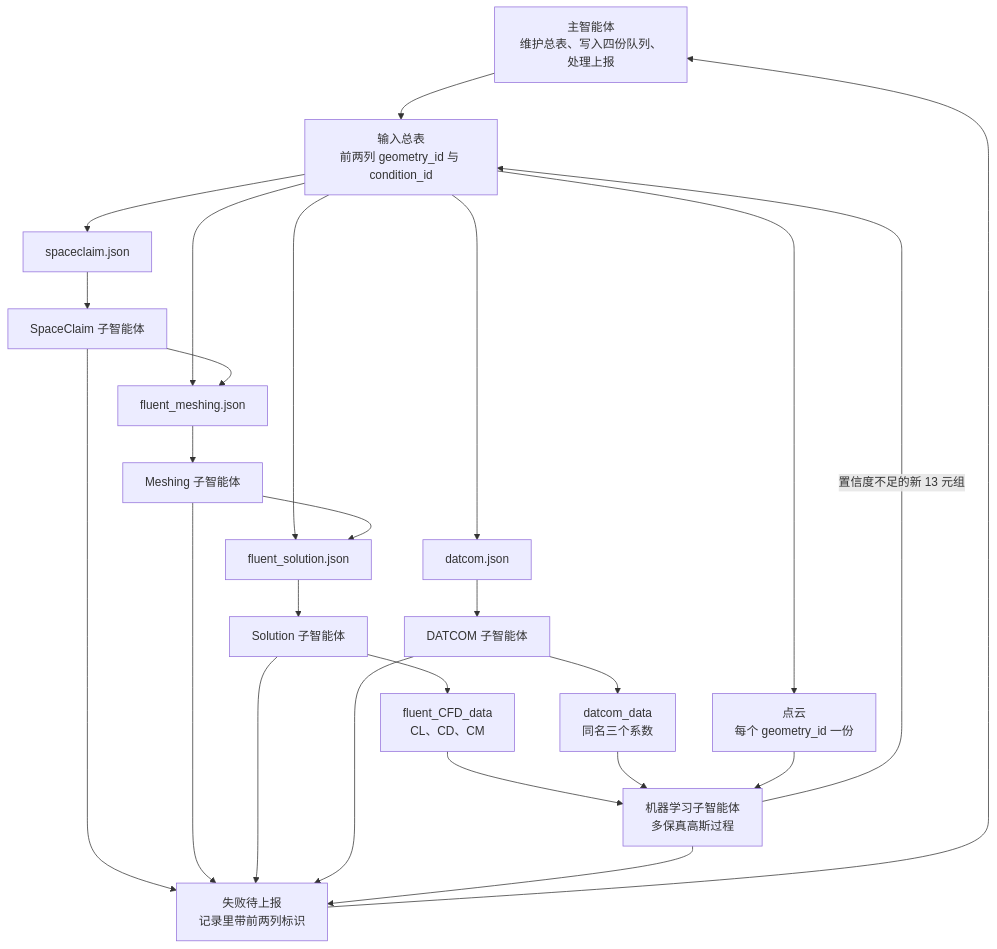
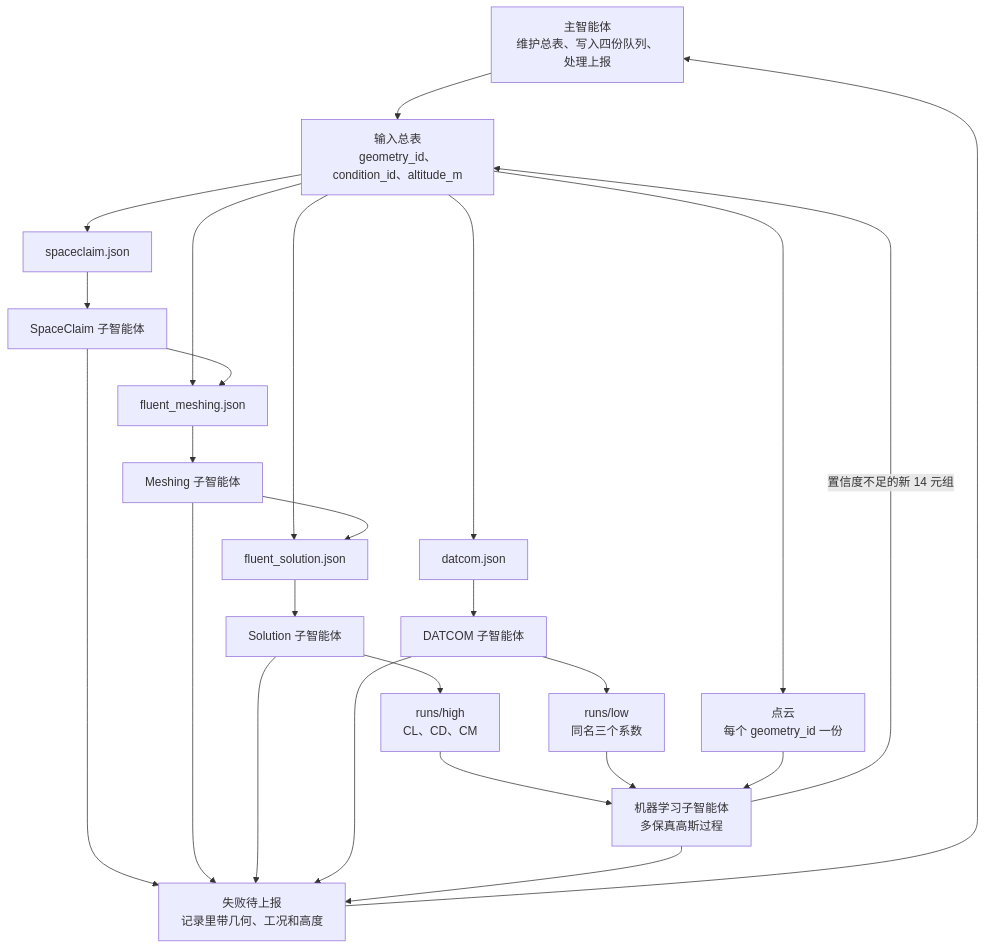
Before and after one commit to Chen-Xin-Yuan/AutoWorkflow-Spaceclaim-Fluent-ML: the first of 3 diagrams in myplan.md, drawn with Mermaid. The commit also changed other lines of this file and 40 other files, not shown here.

````diff
--- a/myplan.md
+++ b/myplan.md
@@ -97,49 +109,49 @@
 ```mermaid
 flowchart TD
   main["主智能体<br/>维护总表、写入四份队列、处理上报"]
-  csv["输入总表<br/>前两列 geometry_id 与 condition_id"]
+  csv["输入总表<br/>geometry_id、condition_id、altitude_m"]
   cloud["点云<br/>每个 geometry_id 一份"]
 
   qsc["spaceclaim.json"]
   qmesh["fluent_meshing.json"]
   qsol["fluent_solution.json"]
   qdat["datcom.json"]
 
   sc["SpaceClaim 子智能体"]
   mesh["Meshing 子智能体"]
   sol["Solution 子智能体"]
   dat["DATCOM 子智能体"]
 
-  high["fluent_CFD_data<br/>CL、CD、CM"]
-  low["datcom_data<br/>同名三个系数"]
+  high["runs/high<br/>CL、CD、CM"]
+  low["runs/low<br/>同名三个系数"]
   ml["机器学习子智能体<br/>多保真高斯过程"]
-  report["失败待上报<br/>记录里带前两列标识"]
+  report["失败待上报<br/>记录里带几何、工况和高度"]
 
   main --> csv
   csv --> cloud
   csv --> qsc
   csv --> qmesh
   csv --> qsol
   csv --> qdat
 
   qsc --> sc
   sc --> qmesh
   qmesh --> mesh
   mesh --> qsol
   qsol --> sol
   qdat --> dat
 
   sol --> high
   dat --> low
   high --> ml
   low --> ml
   cloud --> ml
-  ml -->|"置信度不足的新 13 元组"| csv
+  ml -->|"置信度不足的新 14 元组"| csv
 
   sc --> report
   mesh --> report
   sol --> report
   dat --> report
   ml --> report
   report --> main
 ```
````
